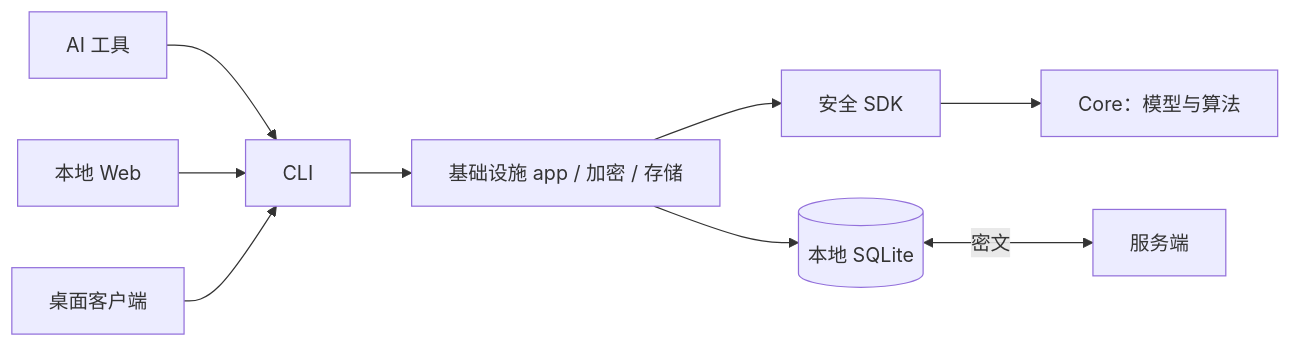
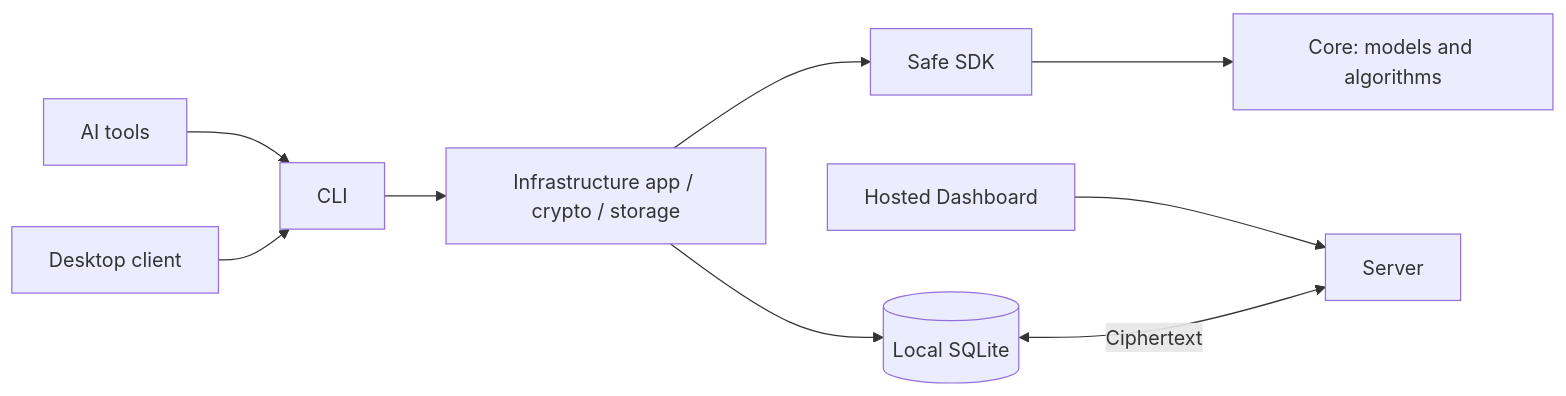
One commit to risense-ai/respire-docs changed the diagram in docs/zh/index.md. Above: the diagram before and after it, drawn with Mermaid. The commit also changed other lines of this file and 117 other files, not shown here.

````diff
--- a/docs/zh/index.md
+++ b/docs/zh/index.md
@@ -5,11 +5,11 @@
 ```mermaid
 flowchart LR
-  AI["AI 工具"] --> CLI["CLI"]
-  Browser["本地 Web"] --> CLI
-  Desktop["桌面客户端"] --> CLI
-  CLI --> App["基础设施 app / 加密 / 存储"]
-  App --> SDK["安全 SDK"]
-  SDK --> Core["Core：模型与算法"]
-  App --> DB[("本地 SQLite")]
-  DB <-->|密文| Server["服务端"]
+  AI["AI tools"] --> CLI["CLI"]
+  Browser["Hosted Dashboard"] --> Server
+  Desktop["Desktop client"] --> CLI
+  CLI --> App["Infrastructure app / crypto / storage"]
+  App --> SDK["Safe SDK"]
+  SDK --> Core["Core: models and algorithms"]
+  App --> DB[("Local SQLite")]
+  DB <-->|Ciphertext| Server["Server"]
 ```
````
